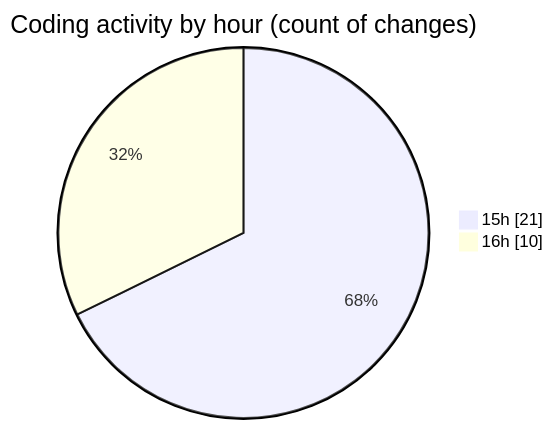
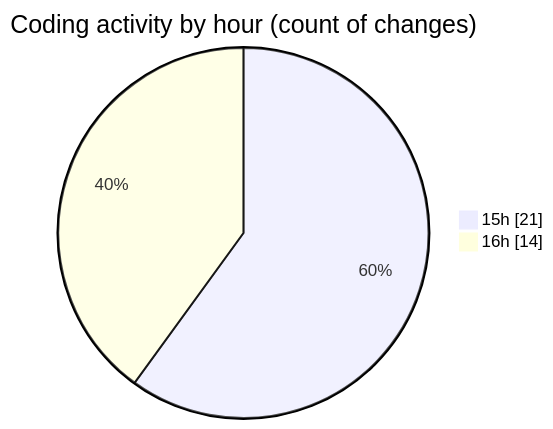
Before and after one commit to NitaiMahat/code-tracking: the second of 2 diagrams in 2025-01-26/results-summary-component-main/README.md, drawn with Mermaid. The commit also changed other lines of this file and 1 other file, not shown here.

````diff
--- a/2025-01-26/results-summary-component-main/README.md
+++ b/2025-01-26/results-summary-component-main/README.md
@@ -30,6 +30,6 @@
 ```mermaid
 pie showData
 title Coding activity by hour (count of changes)
 "15h" : 21
-"16h" : 10
+"16h" : 14
 ```
````
